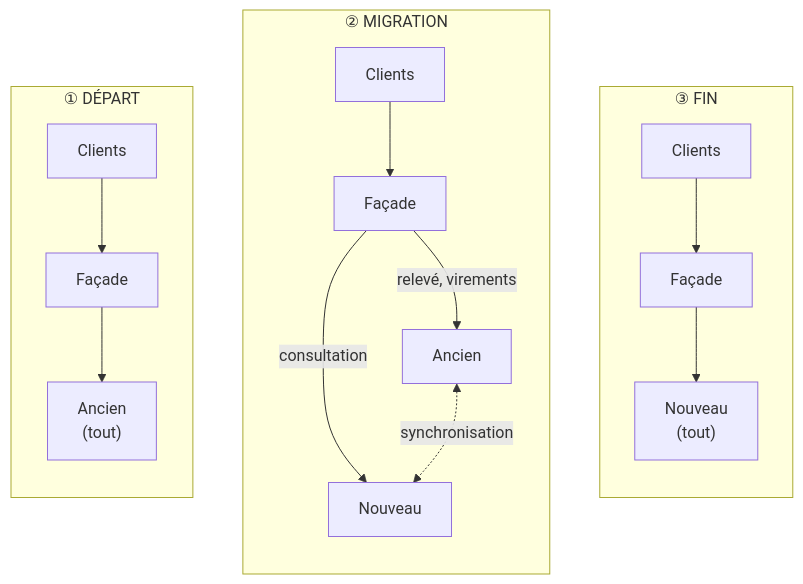
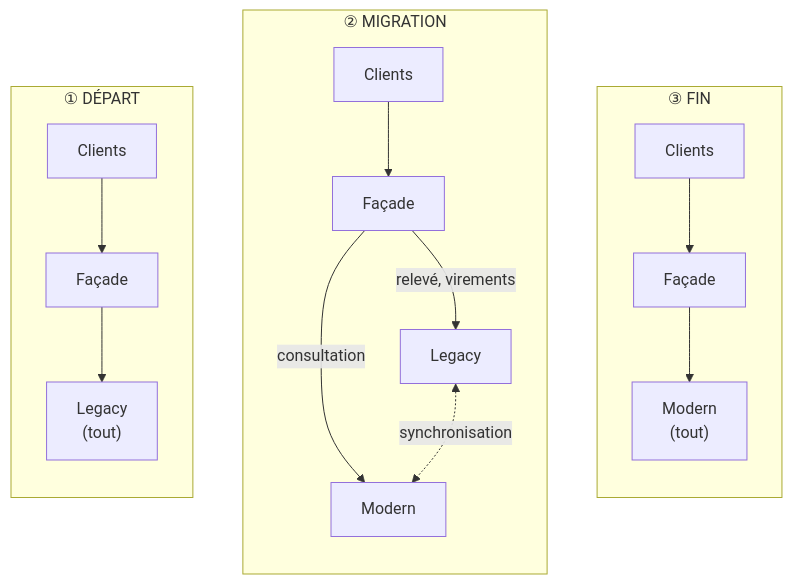
The first of 4 diagrams in Docs/22-strangler-fig.md (drangoht/ArchitecturesDemo), drawn with Mermaid before and after one commit. The commit also changed other lines of this file and 70 other files, not shown here.

Commit message:
Docs FR : identifiants, liens, diagrammes et sorties alignés sur le code anglais

````diff
--- a/Docs/22-strangler-fig.md
+++ b/Docs/22-strangler-fig.md
@@ -21,19 +21,19 @@
 ```mermaid
 flowchart LR
     subgraph E1["① DÉPART"]
         direction TB
-        C1["Clients"] --> F1["Façade"] --> A1["Ancien<br/>(tout)"]
+        C1["Clients"] --> F1["Façade"] --> A1["Legacy<br/>(tout)"]
     end
     subgraph E2["② MIGRATION"]
         direction TB
         C2["Clients"] --> F2["Façade"]
-        F2 -->|"relevé, virements"| A2["Ancien"]
-        F2 -->|"consultation"| N2["Nouveau"]
+        F2 -->|"relevé, virements"| A2["Legacy"]
+        F2 -->|"consultation"| N2["Modern"]
         A2 <-.->|"synchronisation"| N2
     end
     subgraph E3["③ FIN"]
         direction TB
-        C3["Clients"] --> F3["Façade"] --> N3["Nouveau<br/>(tout)"]
+        C3["Clients"] --> F3["Façade"] --> N3["Modern<br/>(tout)"]
     end
     E1 ~~~ E2 ~~~ E3
 ```
````
